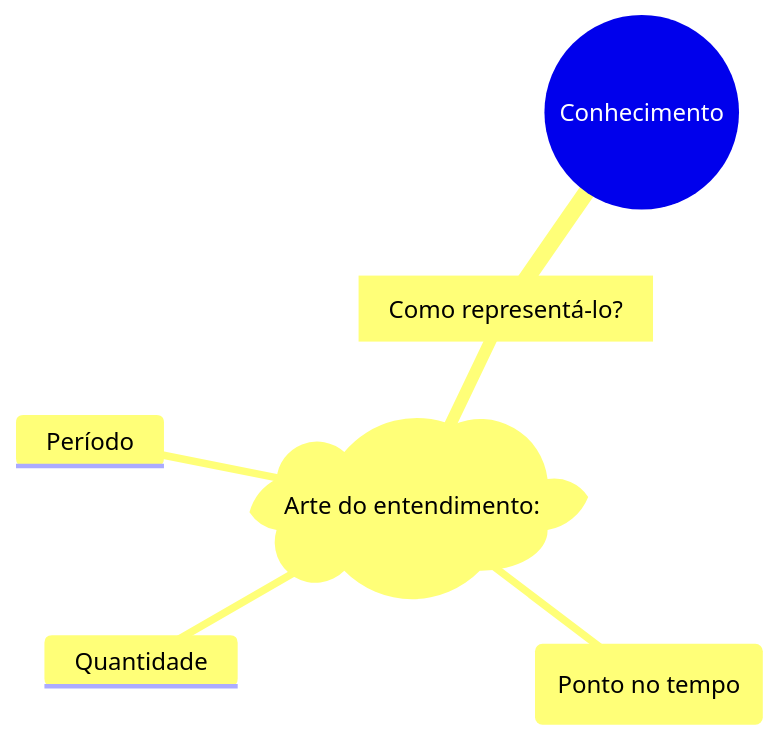
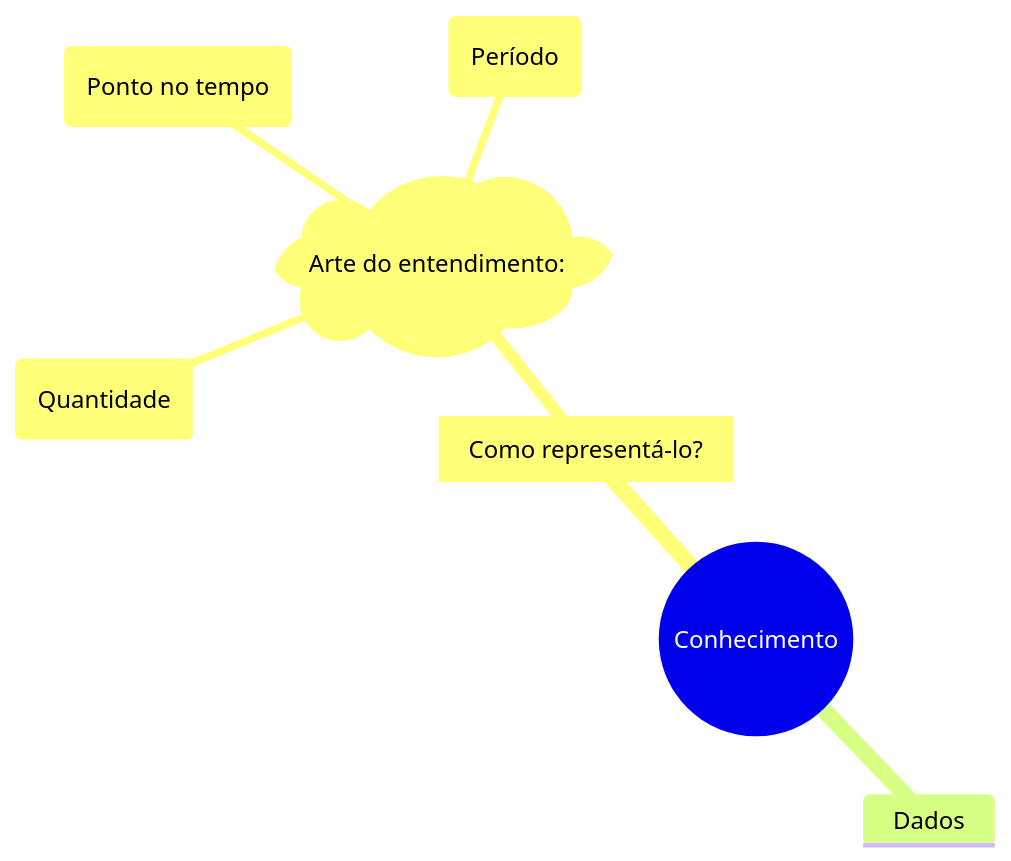
One commit to Igorino/joplin-notes changed the first of 2 diagrams in Mestrado/Segundo Semestre/SIN5033 - Grafos de conhecimento e Ontologias/Aula 1/1 Conceitos basicos.md. Above: the diagram before and after it, drawn with Mermaid. The commit also changed other lines of this file, not shown here.

Commit message:
Exported on 2026-04-05_19-31-59

````diff
--- a/Mestrado/Segundo Semestre/SIN5033 - Grafos de conhecimento e Ontologias/Aula 1/1 Conceitos basicos.md
+++ b/Mestrado/Segundo Semestre/SIN5033 - Grafos de conhecimento e Ontologias/Aula 1/1 Conceitos basicos.md
@@ -10,15 +10,15 @@
 ```mermaid
 ---
 config:
   layout: tidy-tree
 ---
 mindmap
 root((Conhecimento))
 	id[Como representá-lo?]
 		)Arte do entendimento:(
-			Quantidade
+			(Quantidade)
 			(Ponto no tempo)
-			Período
-			
+			(Período)
+	Dados
 	
 ```
````
